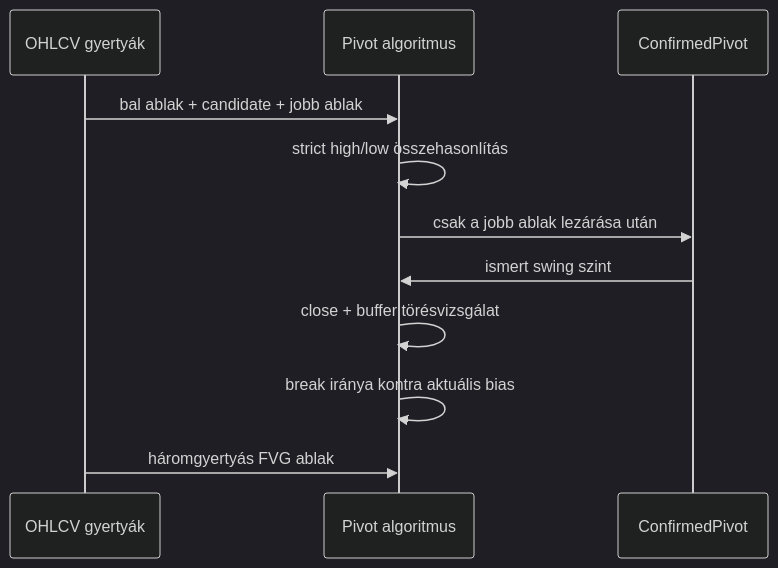
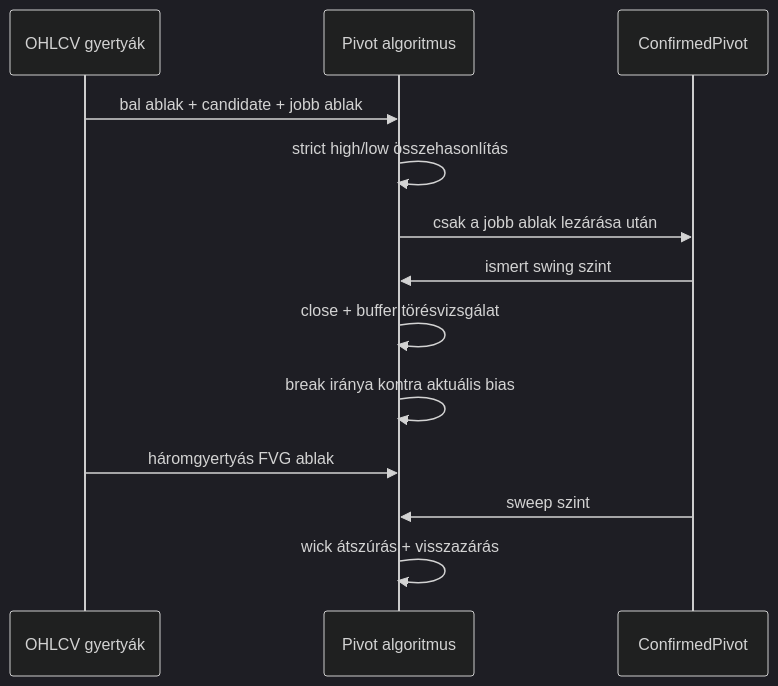
One commit to varben685/cx2 changed the diagram in docs/learning/phase-01-domain-model.md. Above: the diagram before and after it, drawn with Mermaid (dark theme). The commit also changed other lines of this file and 5 other files, not shown here.

````diff
--- a/docs/learning/phase-01-domain-model.md
+++ b/docs/learning/phase-01-domain-model.md
@@ -41,14 +47,16 @@
 ```mermaid
 sequenceDiagram
     participant Data as OHLCV gyertyák
     participant Algo as Pivot algoritmus
     participant Pivot as ConfirmedPivot
 
     Data->>Algo: bal ablak + candidate + jobb ablak
     Algo->>Algo: strict high/low összehasonlítás
     Algo->>Pivot: csak a jobb ablak lezárása után
     Pivot->>Algo: ismert swing szint
     Algo->>Algo: close + buffer törésvizsgálat
     Algo->>Algo: break iránya kontra aktuális bias
     Data->>Algo: háromgyertyás FVG ablak
+    Pivot->>Algo: sweep szint
+    Algo->>Algo: wick átszúrás + visszazárás
 ```
````
